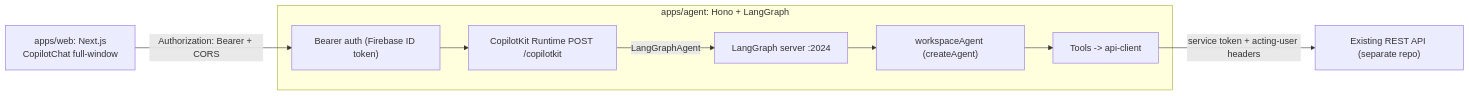
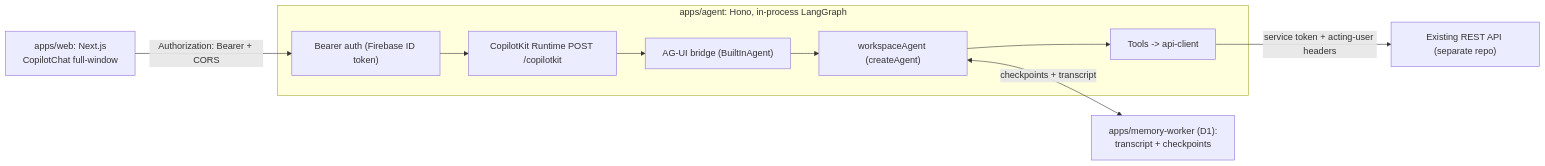
Before and after one commit to phuocv76/langchain-js: the diagram in langchain-copilot-boilerplate/README.md, drawn with Mermaid. The commit also changed other lines of this file and 19 other files, not shown here.

Commit message:
refactor(agent): drop the langgraph server stack and dead rest chat path

````diff
--- a/langchain-copilot-boilerplate/README.md
+++ b/langchain-copilot-boilerplate/README.md
@@ -20,14 +23,16 @@
 ```mermaid
 flowchart LR
   UI["apps/web: Next.js<br/>CopilotChat full-window"]
-  subgraph agent [apps/agent: Hono + LangGraph]
+  subgraph agent [apps/agent: Hono, in-process LangGraph]
     Auth["Bearer auth (Firebase ID token)"]
     Runtime["CopilotKit Runtime POST /copilotkit"]
-    LG["LangGraph server :2024"]
+    Bridge["AG-UI bridge (BuiltInAgent)"]
     Graph["workspaceAgent (createAgent)"]
     Tools["Tools -> api-client"]
   end
+  MW["apps/memory-worker (D1):<br/>transcript + checkpoints"]
   API["Existing REST API (separate repo)"]
-  UI -->|Authorization: Bearer + CORS| Auth --> Runtime -->|LangGraphAgent| LG
-  LG --> Graph --> Tools -->|service token + acting-user headers| API
+  UI -->|Authorization: Bearer + CORS| Auth --> Runtime --> Bridge --> Graph
+  Graph --> Tools -->|service token + acting-user headers| API
+  Graph <-->|checkpoints + transcript| MW
 ```
````
